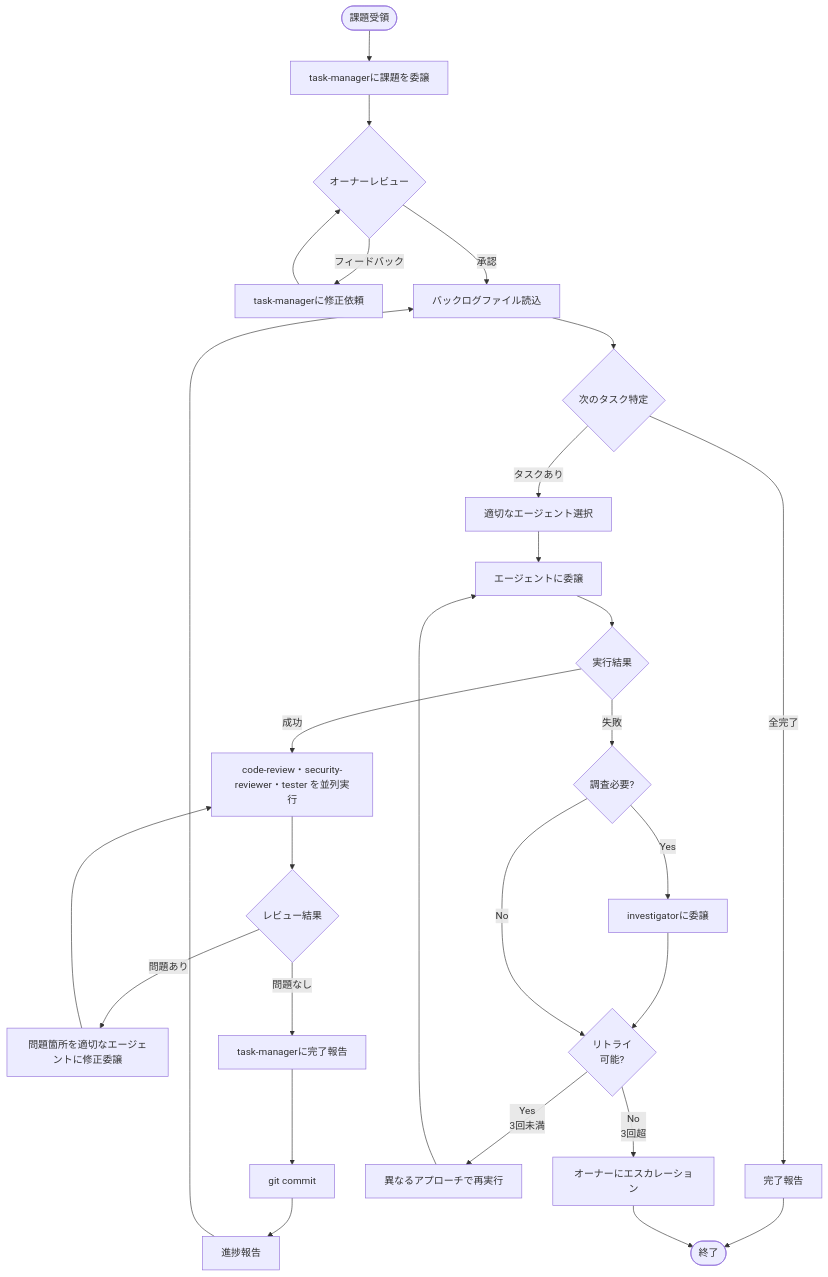
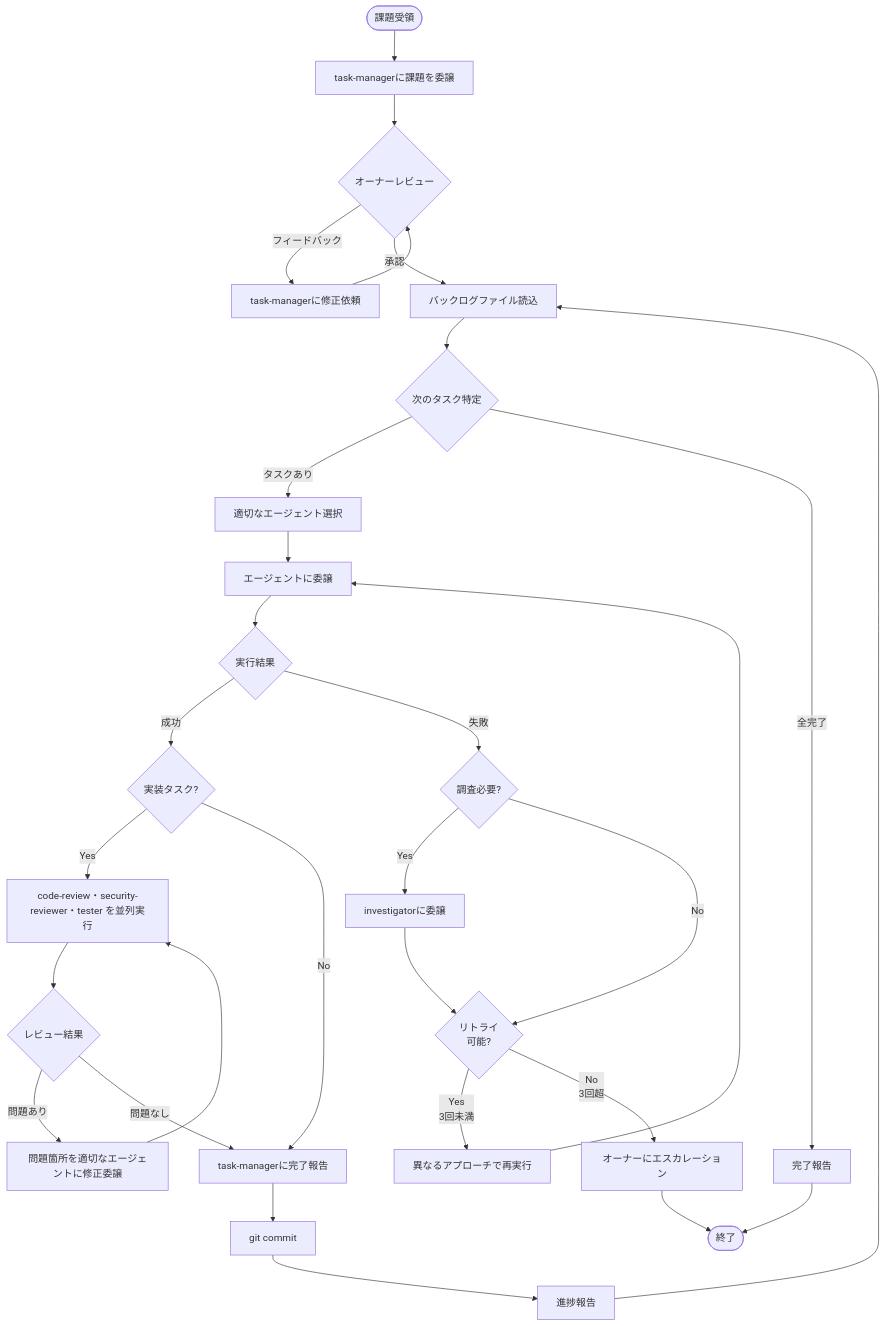
Before and after one commit to ichi-h/dotfiles: the diagram in nix/home/base/cli/copilot-cli/agents/orchestrator.agent.md, drawn with Mermaid. The commit also changed other lines of this file, not shown here.

Commit message:
fix(orchestrator): フロー図の矛盾と並列レビュー後フローの記述を修正
- フロー図に実装タスク判定分岐を追加（非実装タスクはレビューをスキップ）
- 「Tester報告後のフロー」→「並列レビュー後のフロー」に改名し全エージェント完了条件を明示

````diff
--- a/nix/home/base/cli/copilot-cli/agents/orchestrator.agent.md
+++ b/nix/home/base/cli/copilot-cli/agents/orchestrator.agent.md
@@ -23,36 +23,38 @@
 ```mermaid
 graph TB
     Start([課題受領]) --> Delegate[task-managerに課題を委譲]
     Delegate --> Review{オーナーレビュー}
     Review -->|フィードバック| Modify[task-managerに修正依頼]
     Modify --> Review
     Review -->|承認| LoadBacklog[バックログファイル読込]
 
     LoadBacklog --> NextTask{次のタスク特定}
     NextTask -->|タスクあり| SelectAgent[適切なエージェント選択]
     NextTask -->|全完了| Report[完了報告]
 
     SelectAgent --> Execute[エージェントに委譲]
     Execute --> Success{実行結果}
 
-    Success -->|成功| ParallelReview["code-review・security-reviewer・tester を並列実行"]
+    Success -->|成功| IsImplTask{実装タスク?}
+    IsImplTask -->|Yes| ParallelReview["code-review・security-reviewer・tester を並列実行"]
+    IsImplTask -->|No| UpdateTask
     ParallelReview --> ReviewResult{レビュー結果}
     ReviewResult -->|問題あり| FixIssues[問題箇所を適切なエージェントに修正委譲]
     FixIssues --> ParallelReview
     ReviewResult -->|問題なし| UpdateTask[task-managerに完了報告]
     UpdateTask --> Commit[git commit]
     Commit --> Progress[進捗報告]
     Progress --> LoadBacklog
 
     Success -->|失敗| Investigate{調査必要?}
     Investigate -->|Yes| CallInvestigator[investigatorに委譲]
     CallInvestigator --> Retry{リトライ<br/>可能?}
     Investigate -->|No| Retry
 
     Retry -->|Yes<br/>3回未満| Replan[異なるアプローチで再実行]
     Replan --> Execute
     Retry -->|No<br/>3回超| Escalate[オーナーにエスカレーション]
 
     Report --> End([終了])
     Escalate --> End
 ```
````
